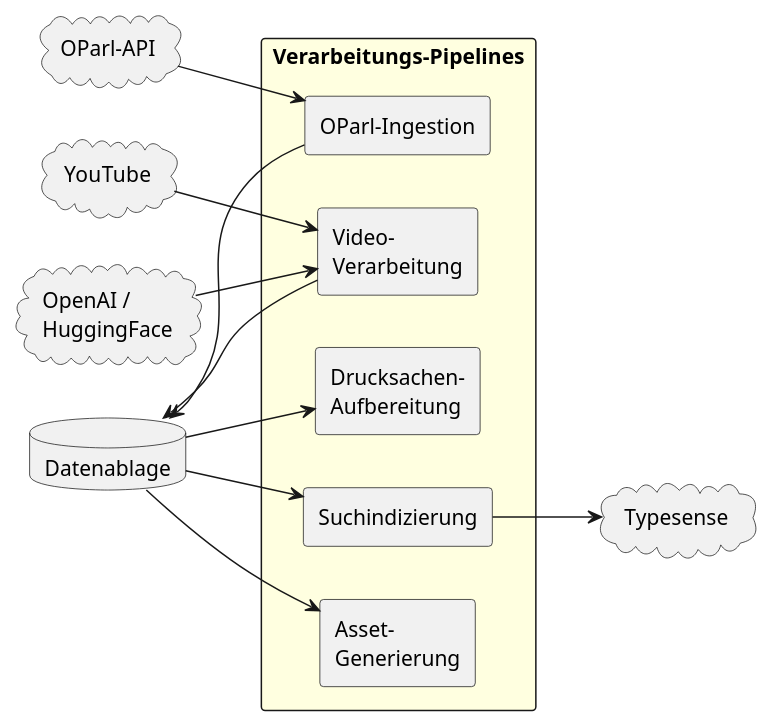
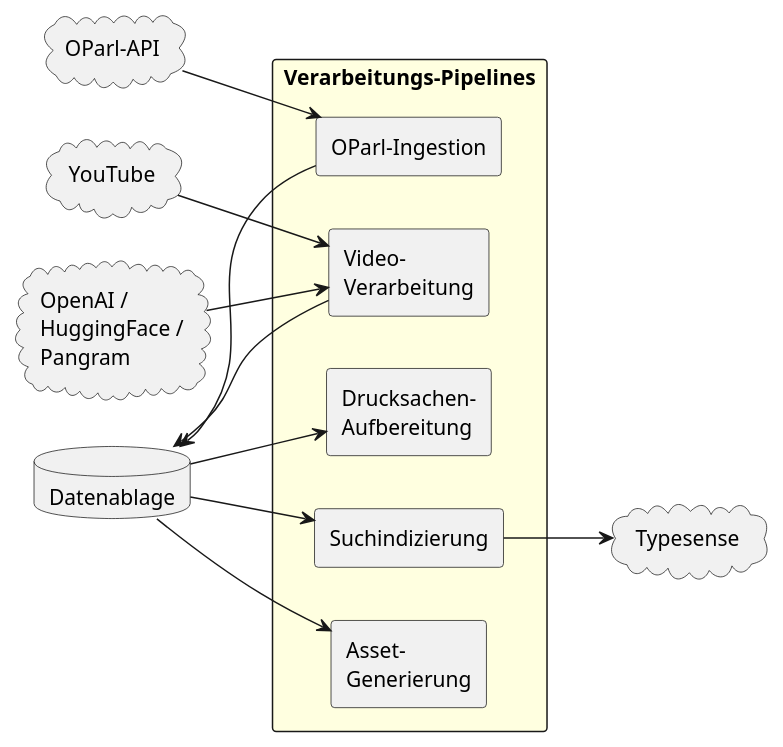
The diagram in docs/arc42/05-bausteinsicht/02-ebene-2-verarbeitungs-pipelines.adoc (ungeschneuer/StadtratWatch-Leipzig), drawn with PlantUML before and after one commit. The commit also changed other lines of this file and 13 other files, not shown here.

```diff
--- a/docs/arc42/05-bausteinsicht/02-ebene-2-verarbeitungs-pipelines.adoc
+++ b/docs/arc42/05-bausteinsicht/02-ebene-2-verarbeitungs-pipelines.adoc
@@ -10,33 +10,33 @@
 [plantuml,bausteinsicht-ebene-2-pipelines,svg]
 ....
 @startuml
 skinparam componentStyle rectangle
 skinparam shadowing false
 left to right direction
 
 cloud "OParl-API" as OParl
 cloud "YouTube" as YT
-cloud "OpenAI /\nHuggingFace" as KI
+cloud "OpenAI /\nHuggingFace /\nPangram" as KI
 
 rectangle "Verarbeitungs-Pipelines" #lightyellow {
   component "OParl-Ingestion" as S1
   component "Drucksachen-\nAufbereitung" as S2
   component "Video-\nVerarbeitung" as S3
   component "Asset-\nGenerierung" as S4
   component "Suchindizierung" as S5
 }
 
 database "Datenablage" as Data
 cloud "Typesense" as TS
 
 OParl --> S1
 S1 --> Data
 Data --> S2
 YT --> S3
 KI --> S3
 S3 --> Data
 Data --> S4
 Data --> S5
 S5 --> TS
 @enduml
 ....
```
